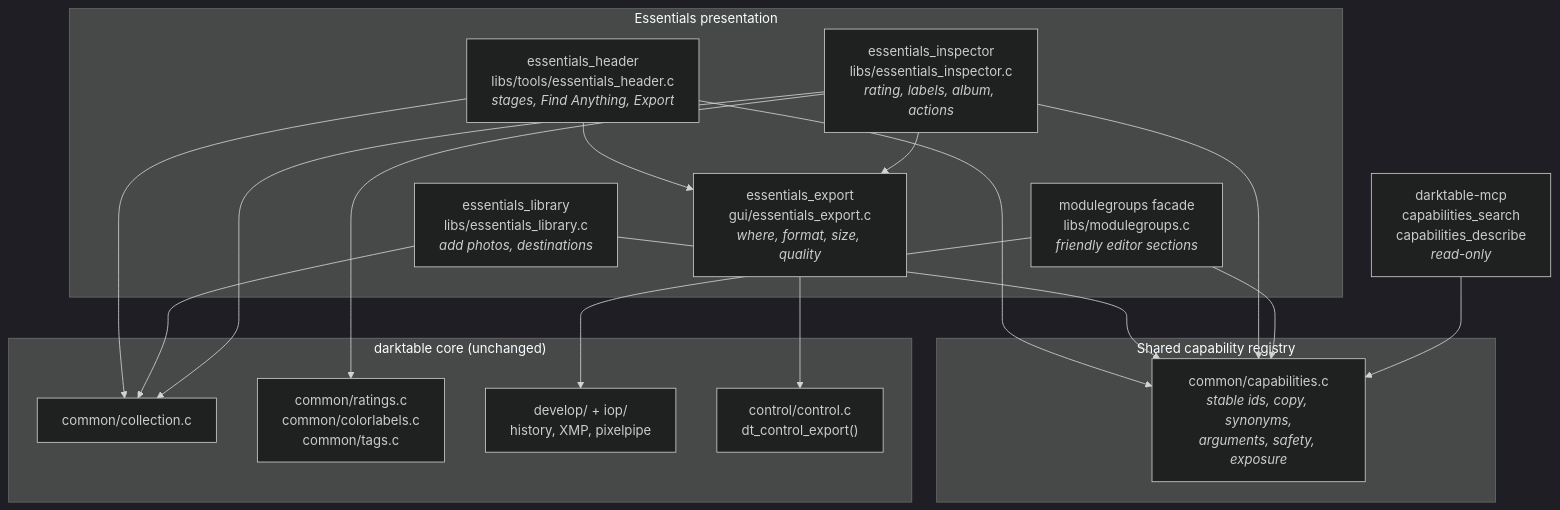
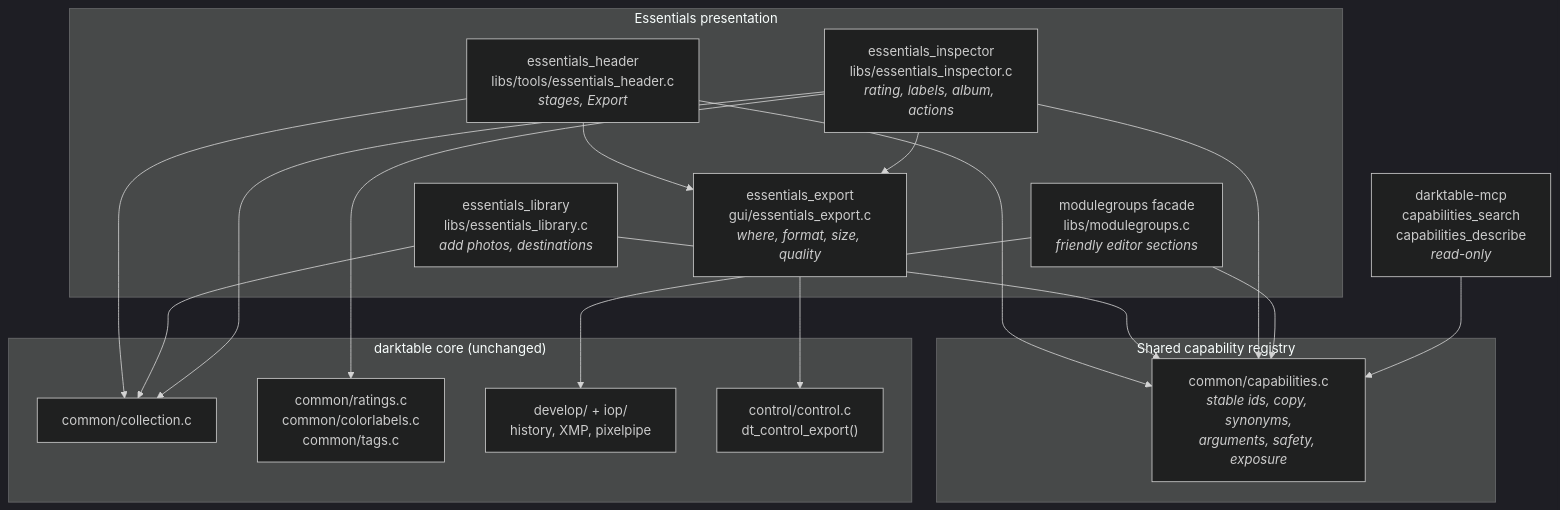
One commit to Issuenate/darktable changed the first of 9 diagrams in dev-doc/Essentials_UI_Architecture.md. Above: the diagram before and after it, drawn with Mermaid (dark theme). The commit also changed other lines of this file, not shown here.

First line of the commit message:
dev-doc: update the essentials page for the editor rework

````diff
--- a/dev-doc/Essentials_UI_Architecture.md
+++ b/dev-doc/Essentials_UI_Architecture.md
@@ -29,37 +29,37 @@
 ```mermaid
 flowchart TD
     subgraph UI["Essentials presentation"]
-        H["essentials_header<br/>libs/tools/essentials_header.c<br/><i>stages, Find Anything, Export</i>"]
+        H["essentials_header<br/>libs/tools/essentials_header.c<br/><i>stages, Export</i>"]
         L["essentials_library<br/>libs/essentials_library.c<br/><i>add photos, destinations</i>"]
         I["essentials_inspector<br/>libs/essentials_inspector.c<br/><i>rating, labels, album, actions</i>"]
         M["modulegroups facade<br/>libs/modulegroups.c<br/><i>friendly editor sections</i>"]
         X["essentials_export<br/>gui/essentials_export.c<br/><i>where, format, size, quality</i>"]
     end
 
     subgraph REG["Shared capability registry"]
         C["common/capabilities.c<br/><i>stable ids, copy, synonyms,<br/>arguments, safety, exposure</i>"]
     end
 
     subgraph CORE["darktable core (unchanged)"]
         COL["common/collection.c"]
         RAT["common/ratings.c<br/>common/colorlabels.c<br/>common/tags.c"]
         DEV["develop/ + iop/<br/>history, XMP, pixelpipe"]
         EXP["control/control.c<br/>dt_control_export()"]
     end
 
     MCP["darktable-mcp<br/>capabilities_search<br/>capabilities_describe<br/><i>read-only</i>"]
 
     H --> C
     L --> C
     I --> C
     M --> C
     MCP --> C
     H --> COL
     H --> X
     I --> X
     X --> EXP
     L --> COL
     I --> RAT
     I --> COL
     M --> DEV
 ```
````
